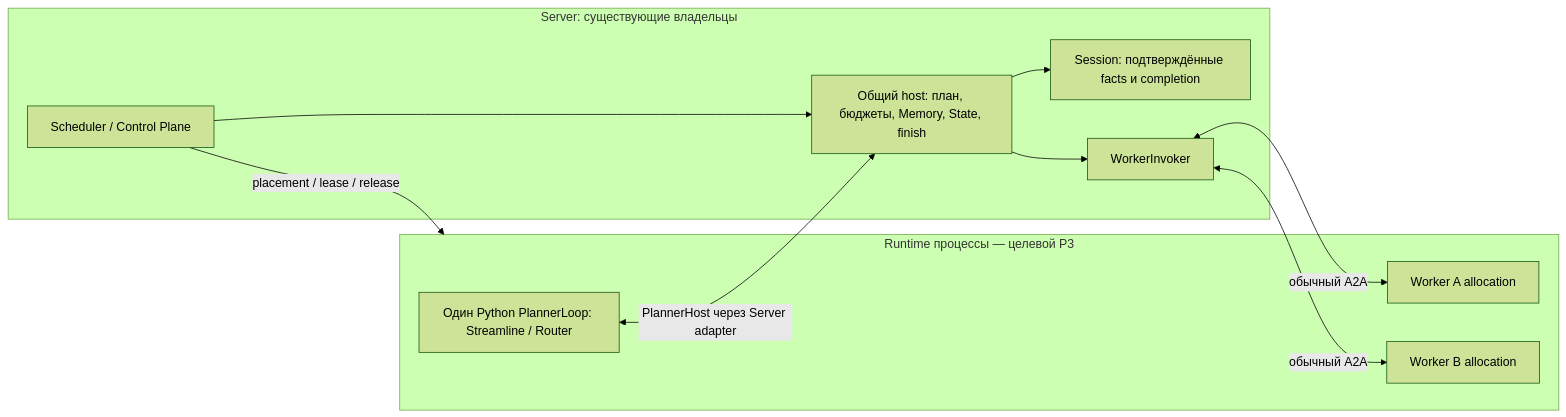
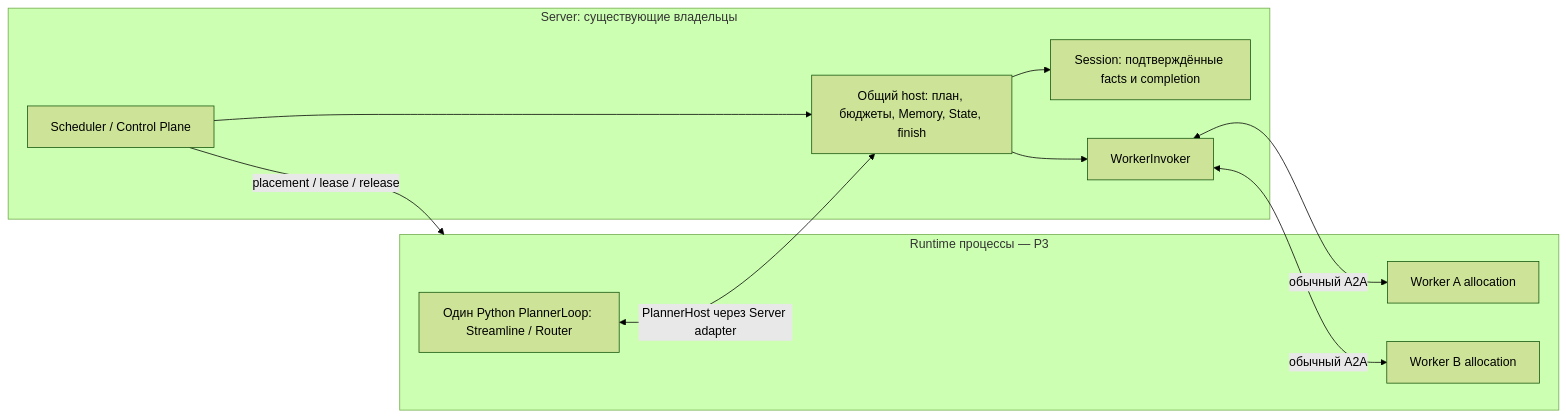
Before and after one commit to grauwolf32/contractor: the first of 3 diagrams in docs/proposals/0058-runtime-planner-and-recovery.md, drawn with Mermaid (forest theme). The commit also changed other lines of this file and 17 other files, not shown here.

````diff
--- a/docs/proposals/0058-runtime-planner-and-recovery.md
+++ b/docs/proposals/0058-runtime-planner-and-recovery.md
@@ -61,21 +45,21 @@
 ```mermaid
 flowchart LR
-  subgraph Runtime["Runtime процессы — целевой P3"]
+  subgraph Runtime["Runtime процессы — P3"]
     Loop["Один Python PlannerLoop: Streamline / Router"]
     A["Worker A allocation"]
     B["Worker B allocation"]
   end
   subgraph Server["Server: существующие владельцы"]
     Host["Общий host: план, бюджеты, Memory, State, finish"]
     Session["Session: подтверждённые facts и completion"]
     Invoke["WorkerInvoker"]
     CP["Scheduler / Control Plane"]
     Host --> Session
     Host --> Invoke
     CP --> Host
   end
   Loop <-->|"PlannerHost через Server adapter"| Host
   Invoke <-->|"обычный A2A"| A
   Invoke <-->|"обычный A2A"| B
   CP -->|"placement / lease / release"| Runtime
 ```
````
